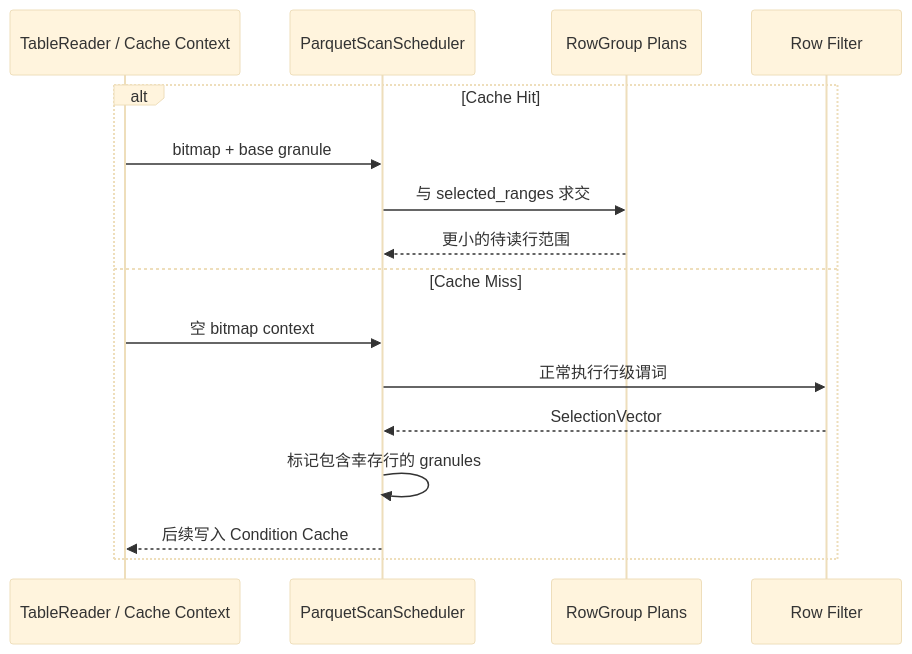
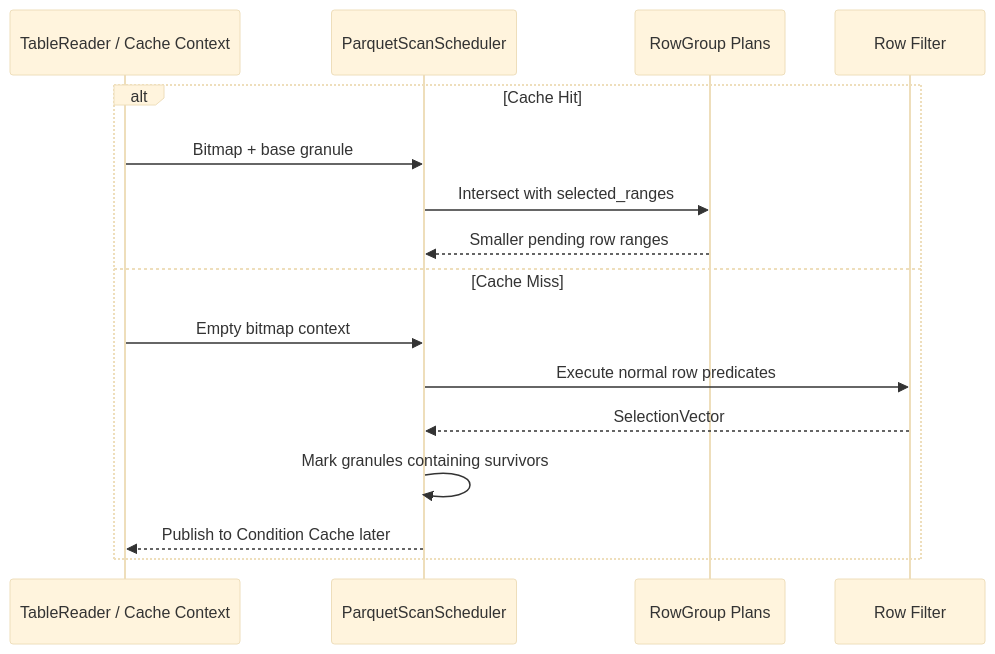
Before and after one commit to apache/doris: the tenth of 13 diagrams in docs/file-scanner-v2-parquet-scan-design.md, drawn with Mermaid (base theme). The commit also changed other lines of this file and 1 other file, not shown here.

````diff
--- a/docs/file-scanner-v2-parquet-scan-design.md
+++ b/docs/file-scanner-v2-parquet-scan-design.md
@@ -328,18 +361,18 @@
 ```mermaid
 sequenceDiagram
   participant T as TableReader / Cache Context
   participant S as ParquetScanScheduler
   participant P as RowGroup Plans
   participant R as Row Filter
   alt Cache Hit
-    T->>S: bitmap + base granule
-    S->>P: 与 selected_ranges 求交
-    P-->>S: 更小的待读行范围
+    T->>S: Bitmap + base granule
+    S->>P: Intersect with selected_ranges
+    P-->>S: Smaller pending row ranges
   else Cache Miss
-    T->>S: 空 bitmap context
-    S->>R: 正常执行行级谓词
+    T->>S: Empty bitmap context
+    S->>R: Execute normal row predicates
     R-->>S: SelectionVector
-    S->>S: 标记包含幸存行的 granules
-    S-->>T: 后续写入 Condition Cache
+    S->>S: Mark granules containing survivors
+    S-->>T: Publish to Condition Cache later
   end
 ```
````
